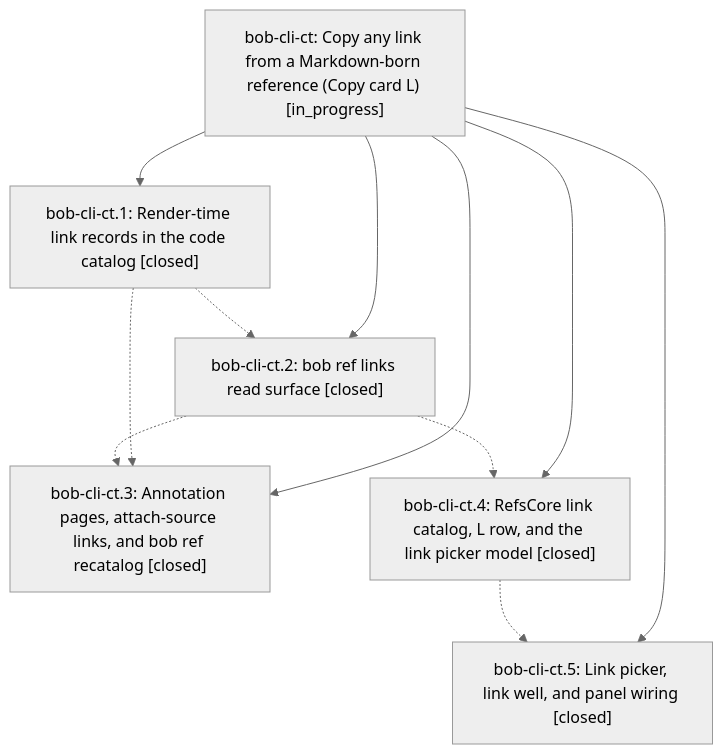
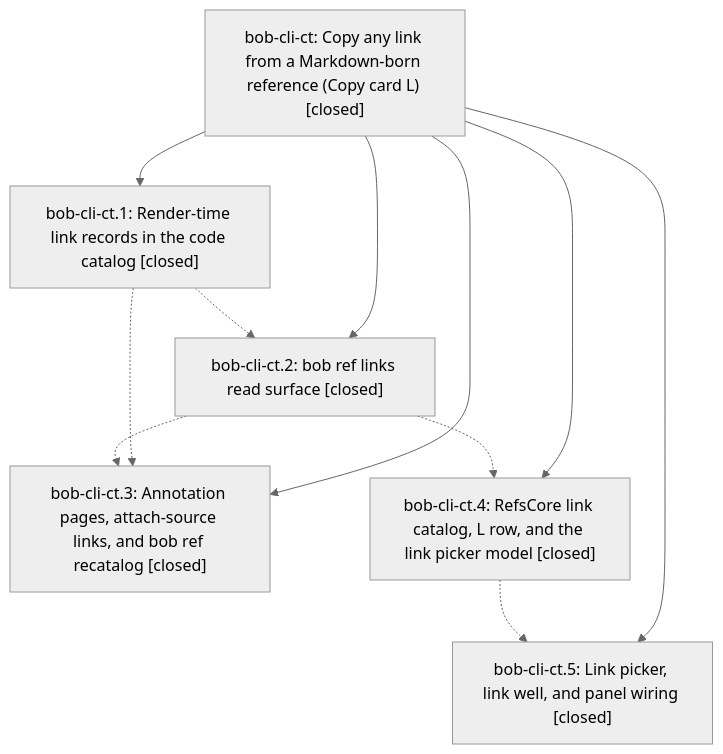
The diagram in pages/bob-cli-ct/README.md (bobs-org/bob-cli--beads), drawn with Mermaid (neutral theme) before and after one commit. The commit also changed other lines of this file and 3 other files, not shown here.

First line of the commit message:
chore(beads): sync bead state and pages for bob-cli-ct

````diff
--- a/pages/bob-cli-ct/README.md
+++ b/pages/bob-cli-ct/README.md
@@ -40,19 +69,19 @@
 ```mermaid
 flowchart TD
-    n0["bob-cli-ct: Copy any link from a Markdown-born reference (Copy card L) [in_progress]"]
+    n0["bob-cli-ct: Copy any link from a Markdown-born reference (Copy card L) [closed]"]
     n1["bob-cli-ct.1: Render-time link records in the code catalog [closed]"]
     n2["bob-cli-ct.2: bob ref links read surface [closed]"]
     n3["bob-cli-ct.3: Annotation pages, attach-source links, and bob ref recatalog [closed]"]
     n4["bob-cli-ct.4: RefsCore link catalog, L row, and the link picker model [closed]"]
     n5["bob-cli-ct.5: Link picker, link well, and panel wiring [closed]"]
     n0 --> n1
     n0 --> n2
     n0 --> n3
     n0 --> n4
     n0 --> n5
     n1 -.-> n2
     n1 -.-> n3
     n2 -.-> n3
     n2 -.-> n4
     n4 -.-> n5
 ```
````
